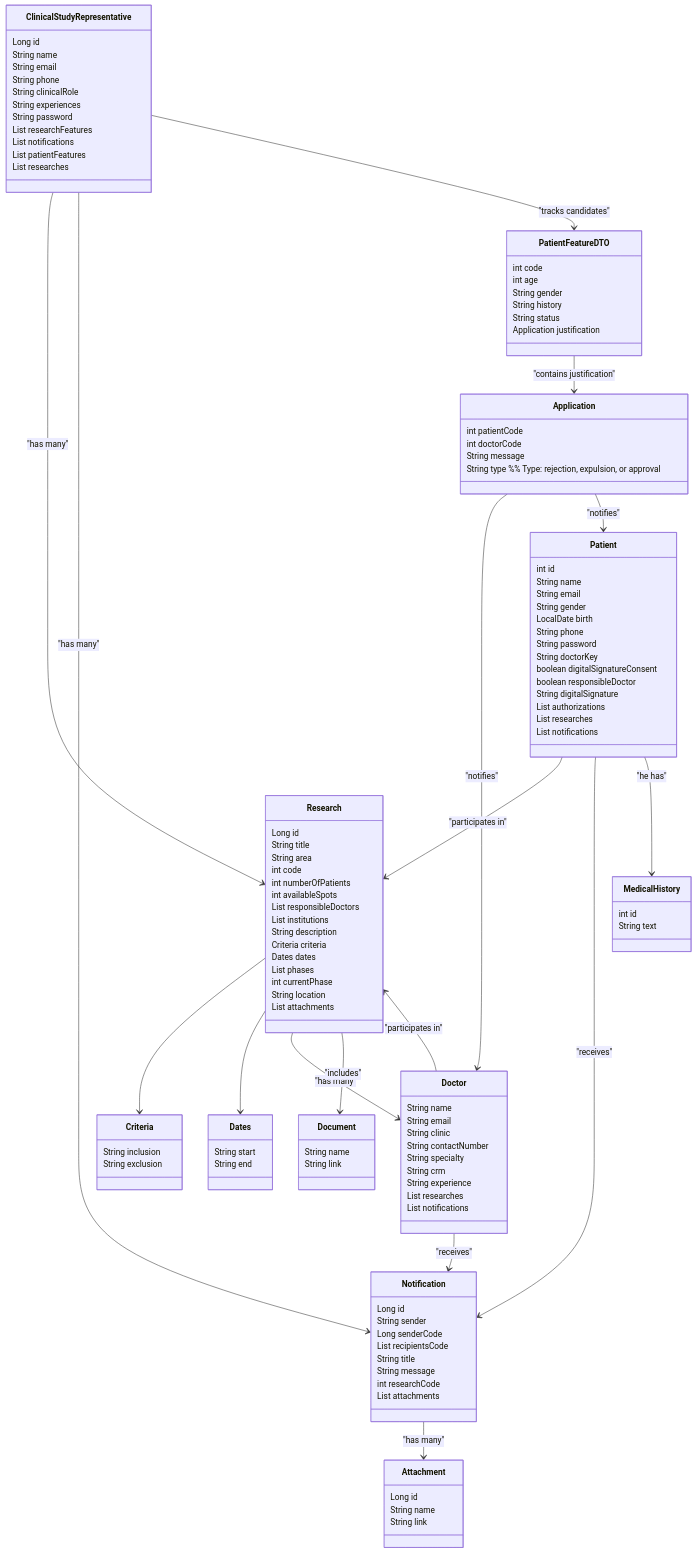
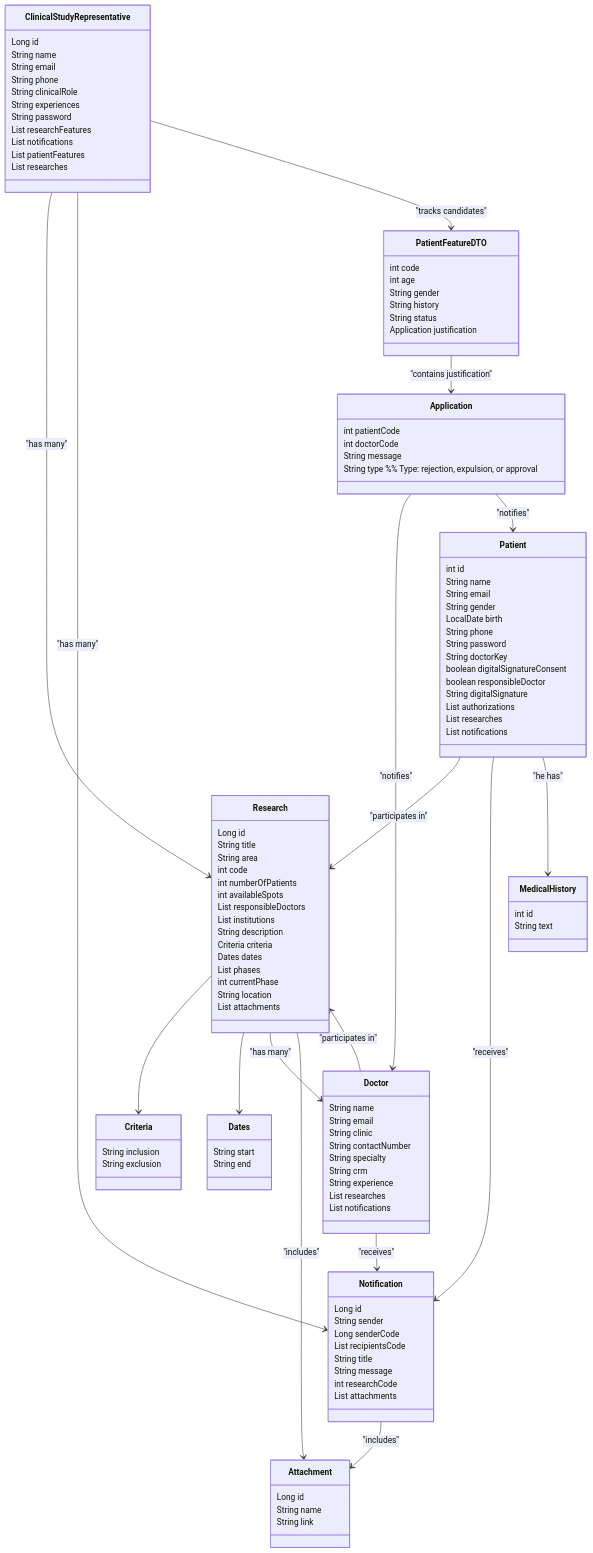
Before and after one commit to andrefilipe1310/inovamed-: the third of 15 diagrams in README.md, drawn with Mermaid.

```diff
--- a/README.md
+++ b/README.md
@@ -77,7 +77,7 @@
         List<String> phases
         int currentPhase
         String location
-        List<Document> attachments
+        List<Attachment> attachments
     }
 
     class Criteria {
@@ -157,10 +157,6 @@
         List<Notification> notifications
     }
 
-    class Document {
-        String name
-        String link
-    }
 
     %% Relations
     ClinicalStudyRepresentative --> Research : "has many"
@@ -169,10 +165,10 @@
     Research --> Criteria
     Research --> Dates
     Research --> Doctor : "has many"
-    Research --> Document : "includes"
+    Research --> Attachment : "includes"
     Doctor --> Research : "participates in"
     Doctor --> Notification : "receives"
-    Notification --> Attachment : "has many"
+    Notification --> Attachment : "includes"
     Patient --> Research : "participates in"
     Patient --> Notification : "receives"
     Patient --> MedicalHistory : "he has"
```
